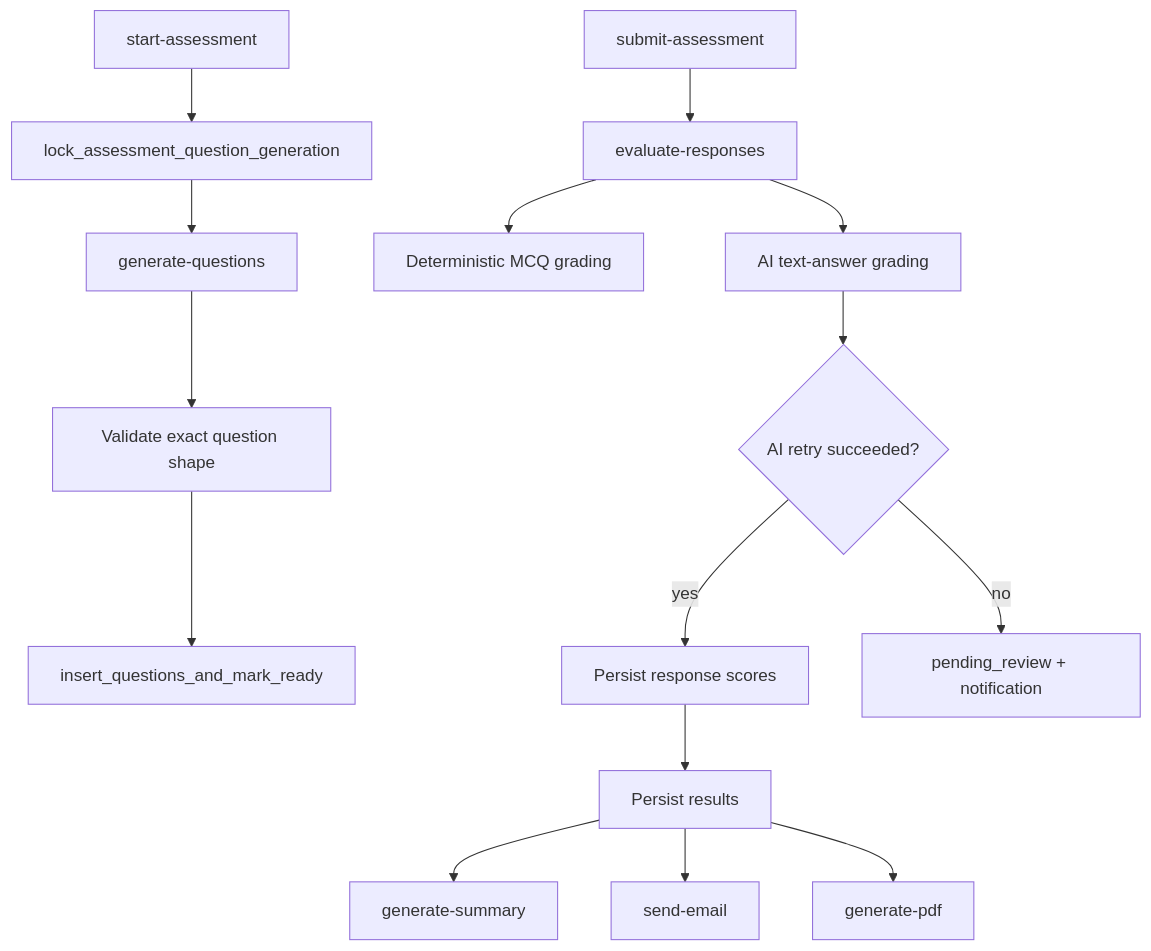
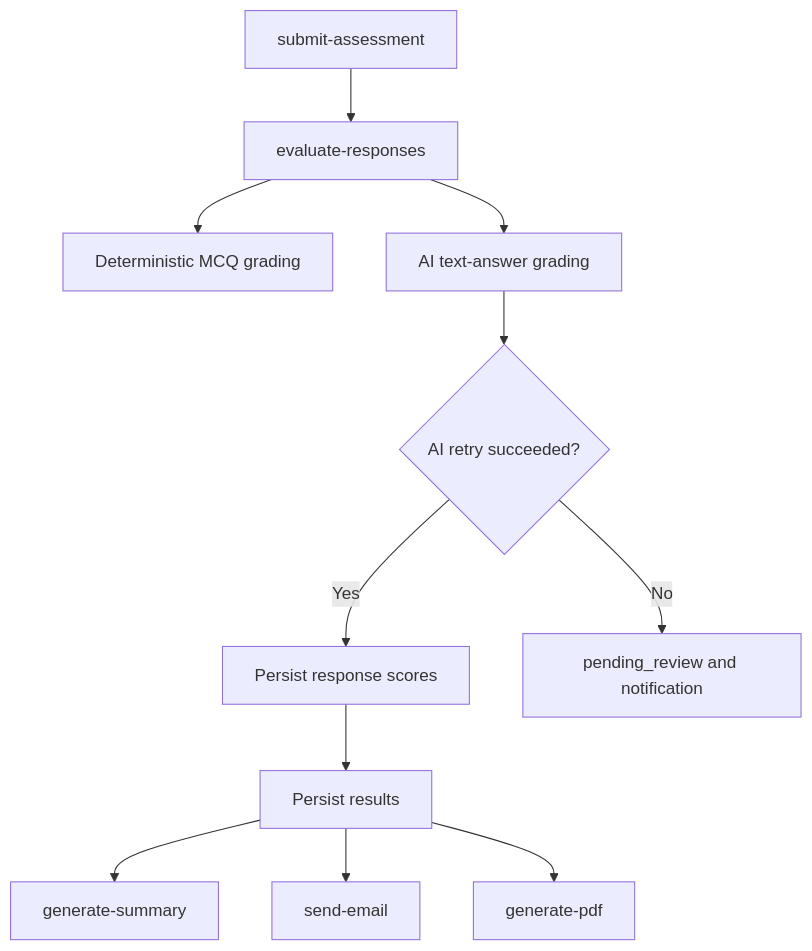
One commit to Syed-Shariqq/SkillGate-B changed the fifth of 6 diagrams in README.md. Above: the diagram before and after it, drawn with Mermaid. The commit also changed other lines of this file, not shown here.

````diff
--- a/README.md
+++ b/README.md
@@ -268,17 +282,13 @@
 ```mermaid
 flowchart TD
-  Start[start-assessment] --> Lock[lock_assessment_question_generation]
-  Lock --> Generate[generate-questions]
-  Generate --> Validate[Validate exact question shape]
-  Validate --> Store[insert_questions_and_mark_ready]
   Submit[submit-assessment] --> Evaluate[evaluate-responses]
   Evaluate --> MCQ[Deterministic MCQ grading]
   Evaluate --> Text[AI text-answer grading]
-  Text --> Retry{AI retry succeeded?}
-  Retry -->|yes| Score[Persist response scores]
-  Retry -->|no| Pending[pending_review + notification]
+  Text --> RetryCheck{AI retry succeeded?}
+  RetryCheck -- Yes --> Score[Persist response scores]
+  RetryCheck -- No --> Pending[pending_review and notification]
   Score --> Result[Persist results]
   Result --> Summary[generate-summary]
   Result --> Email[send-email]
   Result --> PDF[generate-pdf]
 ```
````
